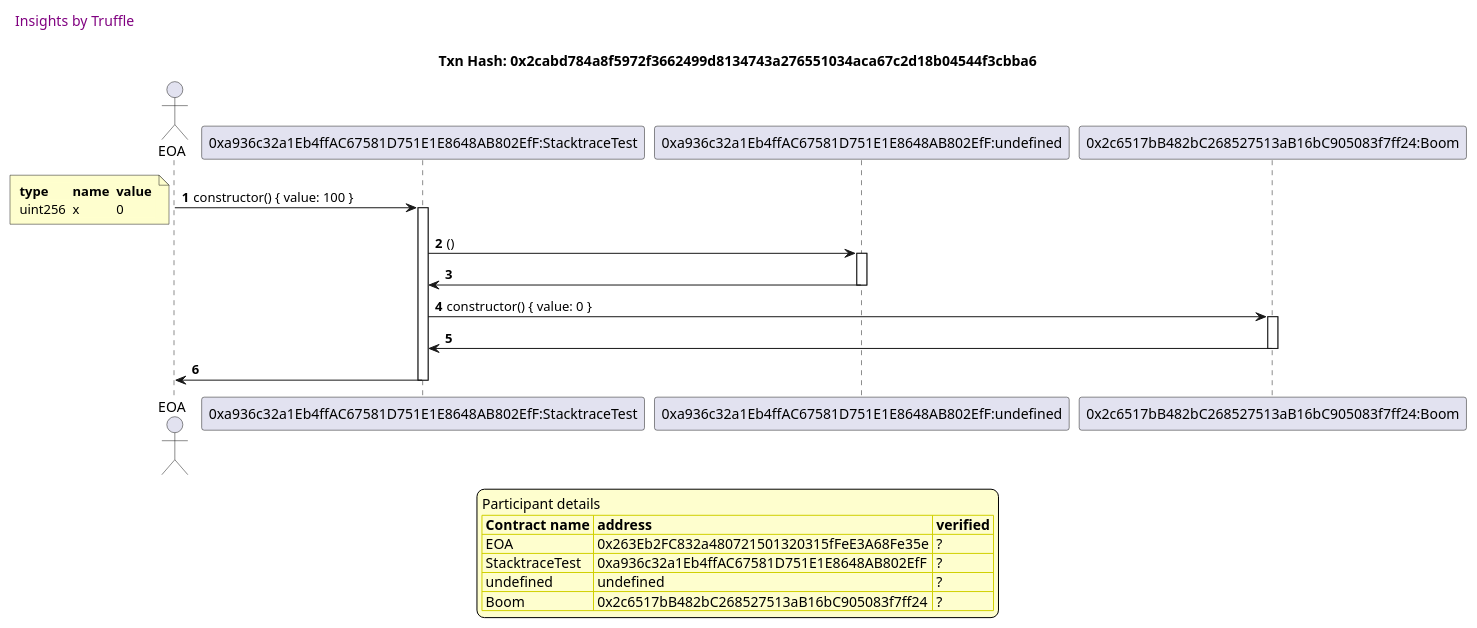
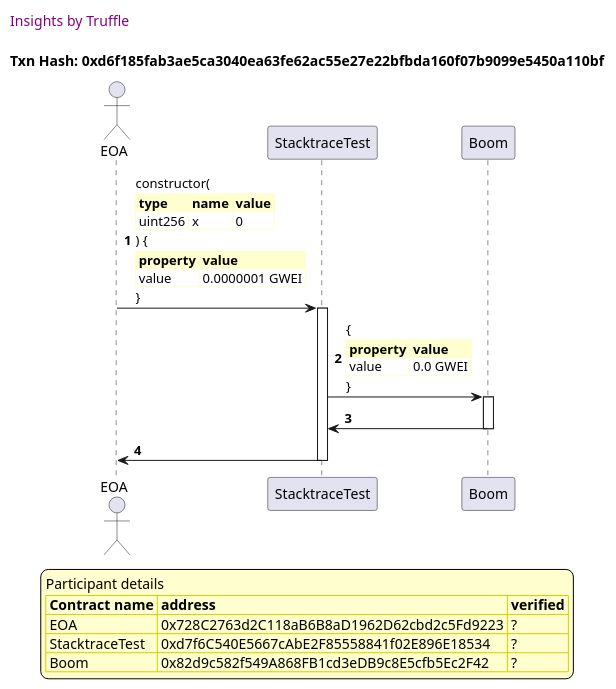
The tenth of 11 diagrams in truffle-seq/stacktrace.test.md (trufflesuite/txlog-seedlings), drawn with PlantUML before and after one commit. The commit also changed other lines of this file and 5 other files, not shown here.

````diff
--- a/truffle-seq/stacktrace.test.md
+++ b/truffle-seq/stacktrace.test.md
@@ -693,54 +727,58 @@
 ```plantuml
+
+
 @startuml
 
 autonumber
-
 skinparam legendBackgroundColor #FEFECE
 
 <style>
-
-header {
-  HorizontalAlignment left
-  FontColor purple
-  FontSize 14
-  Padding 10
-}
-
-</style>
-
+      header {
+        HorizontalAlignment left
+        FontColor purple
+        FontSize 14
+        Padding 10
+      }
+    </style>
 
 header Insights by Truffle
 
-title Txn Hash: 0x2cabd784a8f5972f3662499d8134743a276551034aca67c2d18b04544f3cbba6
+title Txn Hash: 0xd6f185fab3ae5ca3040ea63fe62ac55e27e22bfbda160f07b9099e5450a110bf
+
 
 actor EOA as "EOA"
-participant StacktraceTest_01 as "0xa936c32a1Eb4ffAC67581D751E1E8648AB802EfF:StacktraceTest"
-participant undefined_01 as "0xa936c32a1Eb4ffAC67581D751E1E8648AB802EfF:undefined"
-participant Boom_01 as "0x2c6517bB482bC268527513aB16bC905083f7ff24:Boom"
 
-EOA -> StacktraceTest_01 ++: constructor() { value: 100 }
-note left #FEFECE
-<#FEFECE,#FEFECE>|= type |= name |= value |
-| uint256 | x | 0 |
-end note
+participant StacktraceTest as "StacktraceTest"
 
-StacktraceTest_01 -> undefined_01 ++: () 
-undefined_01 -> StacktraceTest_01 --: 
-StacktraceTest_01 -> Boom_01 ++: constructor() { value: 0 }
-Boom_01 -> StacktraceTest_01 --: 
-StacktraceTest_01 -> EOA --: 
+participant Boom as "Boom"
+
+"EOA" -> "StacktraceTest" ++: constructor(\n\
+<#FEFECE,#FEFECE>|= type |= name |= value |\n\
+| uint256 | x | 0 |\n\
+) {\n\
+<#FEFECE,#FEFECE>|= property |= value|\n\
+| value | 0.0000001 GWEI |\n\
+}
+
+"StacktraceTest" -> "Boom" ++: {\n\
+<#FEFECE,#FEFECE>|= property |= value|\n\
+| value | 0.0 GWEI |\n\
+}
+
+"Boom" -> "StacktraceTest" --: 
+
+"StacktraceTest" -> "EOA" --: 
+
 
 
 legend
 Participant details
 <#FEFECE,#D0D000>|= Contract name |= address |= verified |
-<#FEFECE>| EOA | 0x263Eb2FC832a480721501320315fFeE3A68Fe35e | ? |
-<#FEFECE>| StacktraceTest | 0xa936c32a1Eb4ffAC67581D751E1E8648AB802EfF | ? |
-<#FEFECE>| undefined | undefined | ? |
-<#FEFECE>| Boom | 0x2c6517bB482bC268527513aB16bC905083f7ff24 | ? |
+<#FEFECE>| EOA | 0x728C2763d2C118aB6B8aD1962D62cbd2c5Fd9223 | ? |
+<#FEFECE>| StacktraceTest | 0xd7f6C540E5667cAbE2F85558841f02E896E18534 | ? |
+<#FEFECE>| Boom | 0x82d9c582f549A868FB1cd3eDB9c8E5cfb5Ec2F42 | ? |
 endlegend
-
 
 
 @enduml
 ```
````
